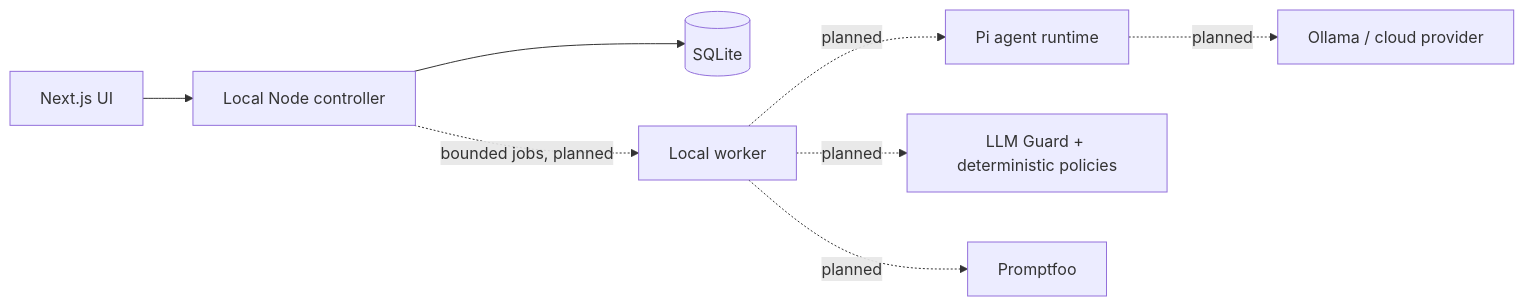
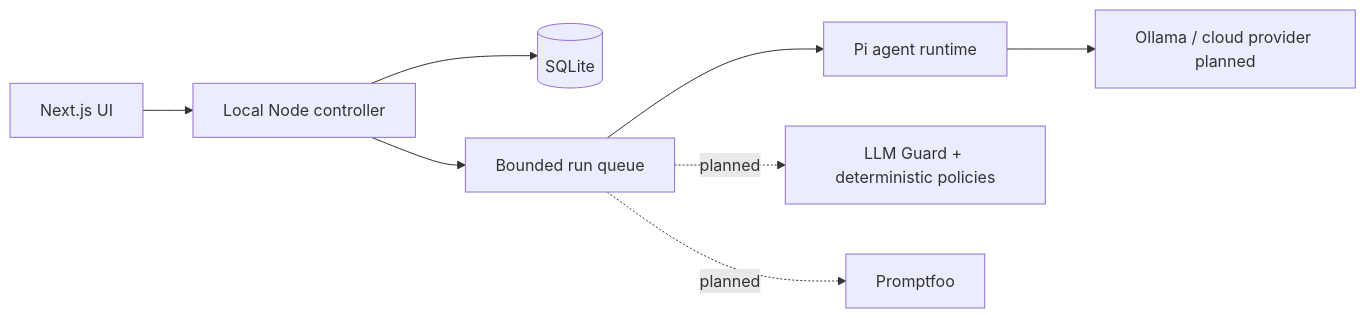
Before and after one commit to 0205prakriti/agentgate-studio: the diagram in docs/ARCHITECTURE.md, drawn with Mermaid. The commit also changed other lines of this file and 26 other files, not shown here.

Commit message:
feat: add Pi agent sessions with Ollama, durable run queue, and streamed events

````diff
--- a/docs/ARCHITECTURE.md
+++ b/docs/ARCHITECTURE.md
@@ -3,10 +3,10 @@
 ```mermaid
 flowchart LR
   UI[Next.js UI] --> Controller[Local Node controller]
   Controller --> SQLite[(SQLite)]
-  Controller -. bounded jobs, planned .-> Worker[Local worker]
-  Worker -. planned .-> Pi[Pi agent runtime]
-  Pi -. planned .-> Models[Ollama / cloud provider]
-  Worker -. planned .-> Security[LLM Guard + deterministic policies]
-  Worker -. planned .-> Eval[Promptfoo]
+  Controller --> Runner[Bounded run queue]
+  Runner --> Pi[Pi agent runtime]
+  Pi --> Models[Ollama / cloud provider planned]
+  Runner -. planned .-> Security[LLM Guard + deterministic policies]
+  Runner -. planned .-> Eval[Promptfoo]
 ```
````
